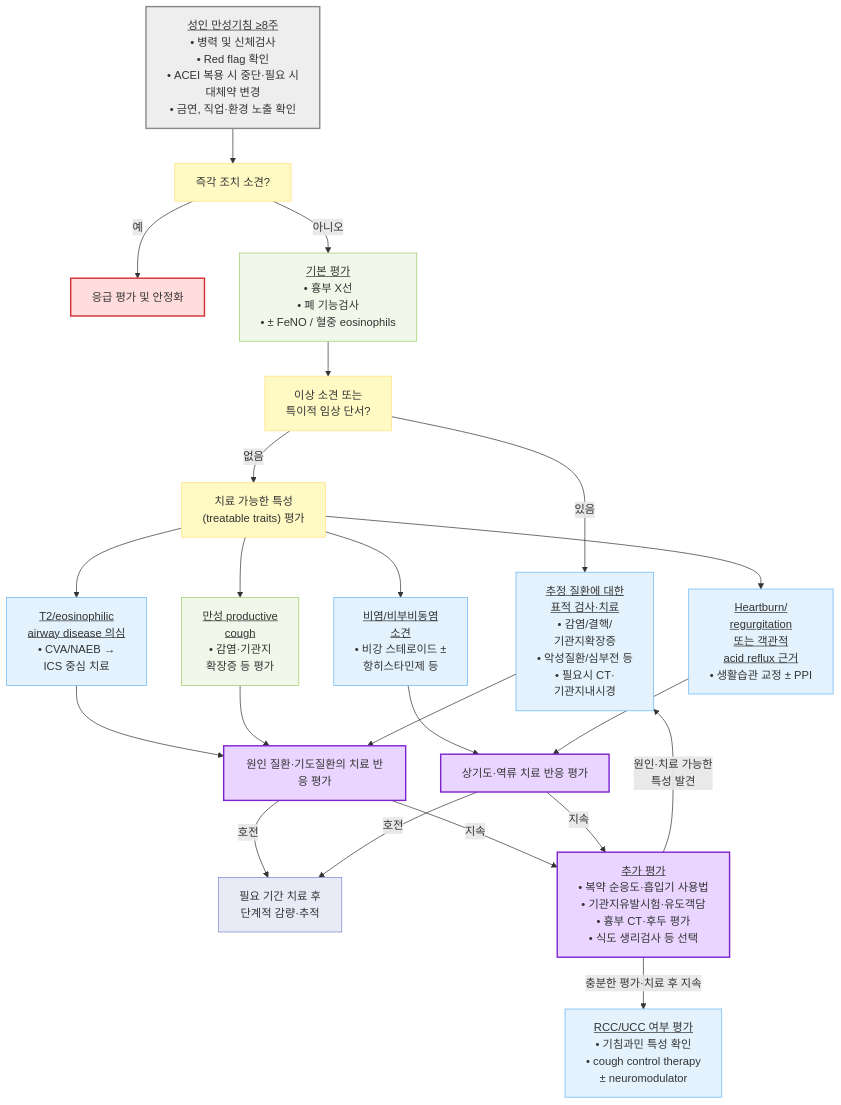
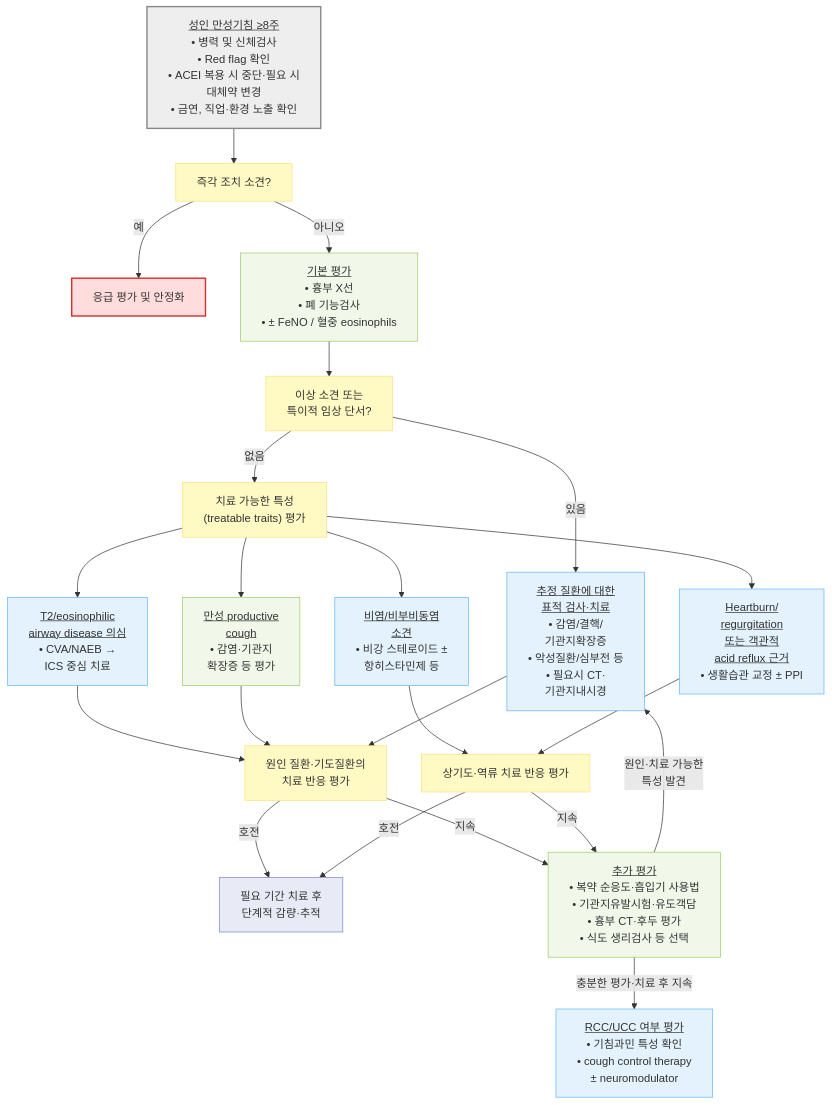
Before and after one commit to familyoh77/familyoh77: the third of 3 diagrams in 220_/006_-cough.md, drawn with Mermaid. The commit also changed other lines of this file, not shown here.

````diff
--- a/220_/006_-cough.md
+++ b/220_/006_-cough.md
@@ -354,39 +365,38 @@
 ```mermaid
 flowchart TD
     Start["<u>성인 만성기침 ≥8주</u><br/>• 병력 및 신체검사<br/>• Red flag 확인<br/>• ACEI 복용 시 중단·필요 시 <br/>대체약 변경<br/>• 금연, 직업·환경 노출 확인"]
     Start --> Urgent["즉각 조치 소견?"]
     Urgent -- "예" --> Emergency["응급 평가 및 안정화"]
     Urgent -- "아니오" --> Basic["<u>기본 평가</u><br/>• 흉부 X선<br/>• 폐 기능검사<br/>• ± FeNO / 혈중 eosinophils"]
     Basic --> Abnormal["이상 소견 또는<br/>특이적 임상 단서?"]
     Abnormal -- "있음" --> Specific["<u>추정 질환에 대한 <br/>표적 검사·치료</u><br/>• 감염/결핵/<br/>기관지확장증<br/>• 악성질환/심부전 등<br/>• 필요시 CT·<br/>기관지내시경"]
     Abnormal -- "없음" --> Traits["치료 가능한 특성<br/>(treatable traits) 평가"]
     Traits --> Eos["<u>T2/eosinophilic <br/>airway disease 의심</u><br/>• CVA/NAEB → <br/>ICS 중심 치료"]
     Traits --> Upper["<u>비염/비부비동염 <br/>소견</u><br/>• 비강 스테로이드 ± <br/>항히스타민제 등"]
     Traits --> Reflux["<u>Heartburn/<br/>regurgitation <br/>또는 객관적 <br/>acid reflux 근거</u><br/>• 생활습관 교정 ± PPI"]
     Traits --> Productive["<u>만성 productive <br/>cough</u><br/>• 감염·기관지<br/>확장증 등 평가"]
-    Eos --> FU["원인 질환·기도질환의 치료 반응 평가"]
+    Eos --> FU["원인 질환·기도질환의 <br/>치료 반응 평가"]
     Productive --> FU
     Specific --> FU
     Upper --> FUUpper["상기도·역류 치료 반응 평가"]
     Reflux --> FUUpper
     FU -- "호전" --> Maintain["필요 기간 치료 후<br/>단계적 감량·추적"]
     FUUpper -- "호전" --> Maintain
     FU -- "지속" --> Add["<u>추가 평가</u><br/>• 복약 순응도·흡입기 사용법<br/>• 기관지유발시험·유도객담<br/>• 흉부 CT·후두 평가<br/>• 식도 생리검사 등 선택"]
     FUUpper -- "지속" --> Add
     Add -- "원인·치료 가능한 <br/>특성 발견" --> Specific
     Add -- "충분한 평가·치료 후 지속" --> RCC["<u>RCC/UCC 여부 평가</u><br/>• 기침과민 특성 확인<br/>• cough control therapy <br/>± neuromodulator"]
     classDef start fill:#eeeeee,stroke:#888888,stroke-width:2px
     classDef question fill:#fff9c4,stroke:#ffe082
     classDef emergency fill:#ffdddd,stroke:#d32f2f,stroke-width:2px
     classDef evaluation fill:#f1f8e9,stroke:#9ccc65
     classDef treatment fill:#e3f2fd,stroke:#64b5f6
     classDef followup fill:#e8eaf6,stroke:#7986cb
     class Start start
     class Urgent,Abnormal,Traits,FU,FUUpper question
     class Emergency emergency
     class Basic,Productive,Add evaluation
     class Specific,Eos,Upper,Reflux,RCC treatment
     class Maintain followup
-    classDef revised fill:#e9d5ff,stroke:#7e22ce,stroke-width:2px
-    class FU,FUUpper,Add revised
+
 ```
````
